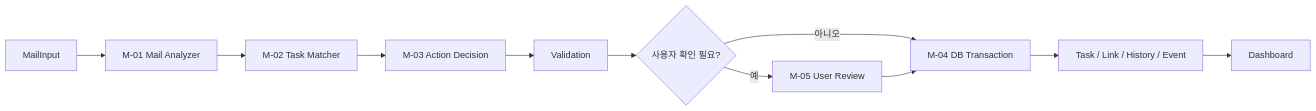
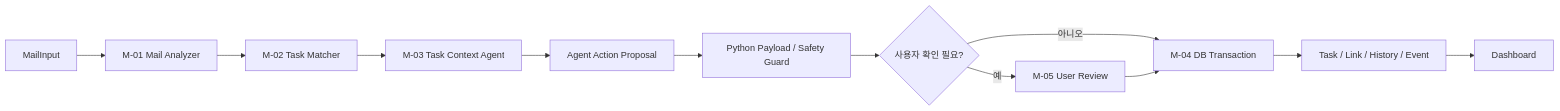
The second of 3 diagrams in Docs/LEARNING/MailTaskAgent_초보자_기술학습가이드.md (100aniv/mailtaskagent), drawn with Mermaid before and after one commit. The commit also changed other lines of this file and 31 other files, not shown here.

Commit message:
feat: promote agent actions through safety guard

````diff
--- a/Docs/LEARNING/MailTaskAgent_초보자_기술학습가이드.md
+++ b/Docs/LEARNING/MailTaskAgent_초보자_기술학습가이드.md
@@ -135,13 +137,14 @@
 ```mermaid
 flowchart LR
     A[MailInput] --> B[M-01 Mail Analyzer]
     B --> C[M-02 Task Matcher]
-    C --> D[M-03 Action Decision]
-    D --> E[Validation]
+    C --> D[M-03 Task Context Agent]
+    D --> P[Agent Action Proposal]
+    P --> E[Python Payload / Safety Guard]
     E --> F{사용자 확인 필요?}
     F -- 아니오 --> G[M-04 DB Transaction]
     F -- 예 --> H[M-05 User Review]
     H --> G
     G --> I[Task / Link / History / Event]
     I --> J[Dashboard]
 ```
````
